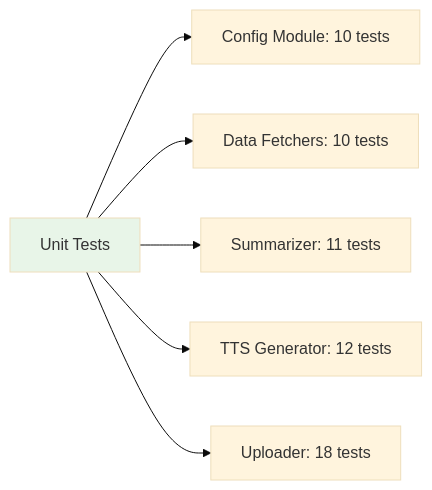
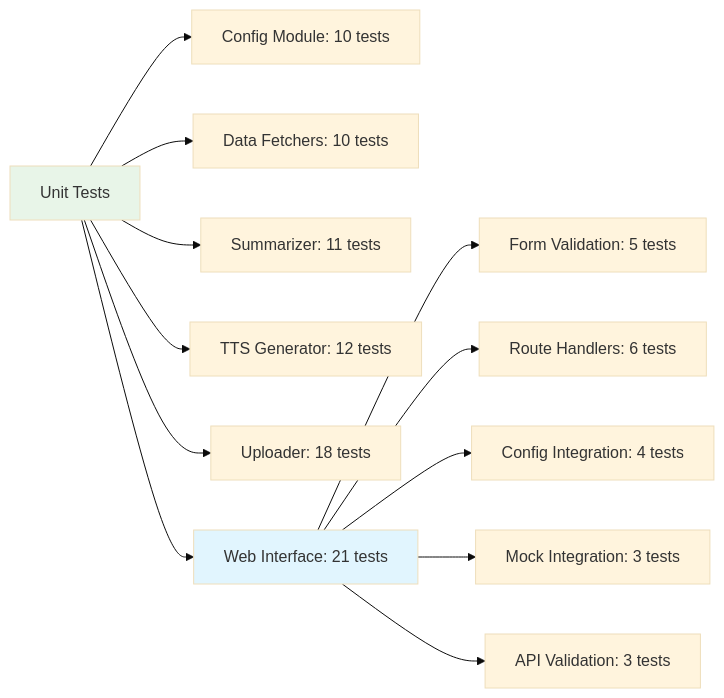
One commit to c0ld-w4ter/you-fm changed the sixth of 6 diagrams in TECHNICAL_DESIGN.md. Above: the diagram before and after it, drawn with Mermaid (base theme). The commit also changed other lines of this file and 22 other files, not shown here.

````diff
--- a/TECHNICAL_DESIGN.md
+++ b/TECHNICAL_DESIGN.md
@@ -317,10 +378,18 @@
 ```mermaid
 graph LR
     A[Unit Tests] --> B[Config Module: 10 tests]
     A --> C[Data Fetchers: 10 tests]
     A --> D[Summarizer: 11 tests]
     A --> E[TTS Generator: 12 tests]
     A --> F[Uploader: 18 tests]
+    A --> G[Web Interface: 21 tests]
+    
+    G --> G1[Form Validation: 5 tests]
+    G --> G2[Route Handlers: 6 tests] 
+    G --> G3[Config Integration: 4 tests]
+    G --> G4[Mock Integration: 3 tests]
+    G --> G5[API Validation: 3 tests]
     
     style A fill:#e8f5e8
+    style G fill:#e1f5fe
 ```
````
